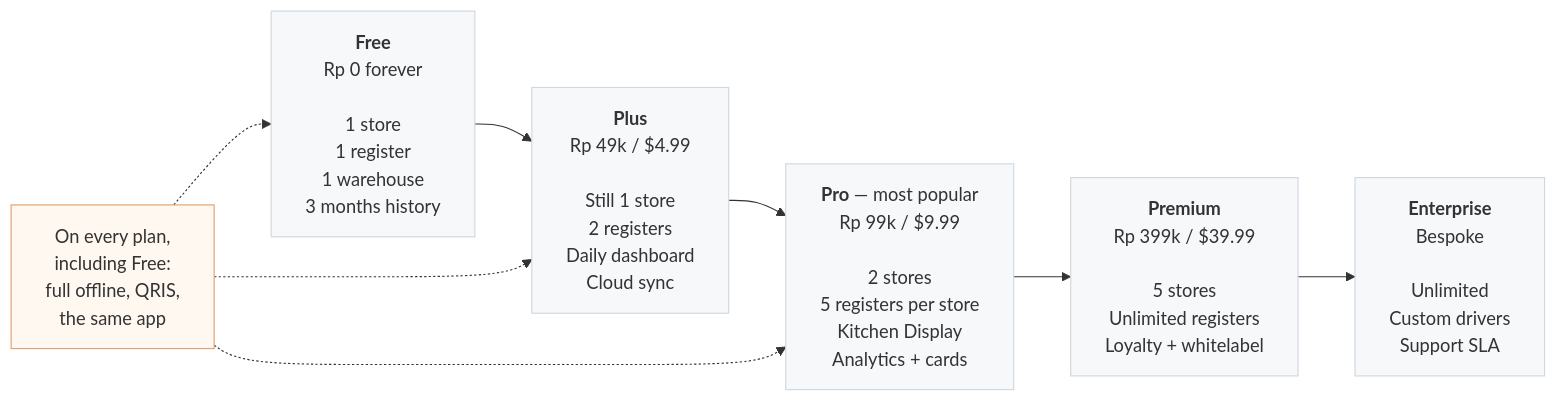
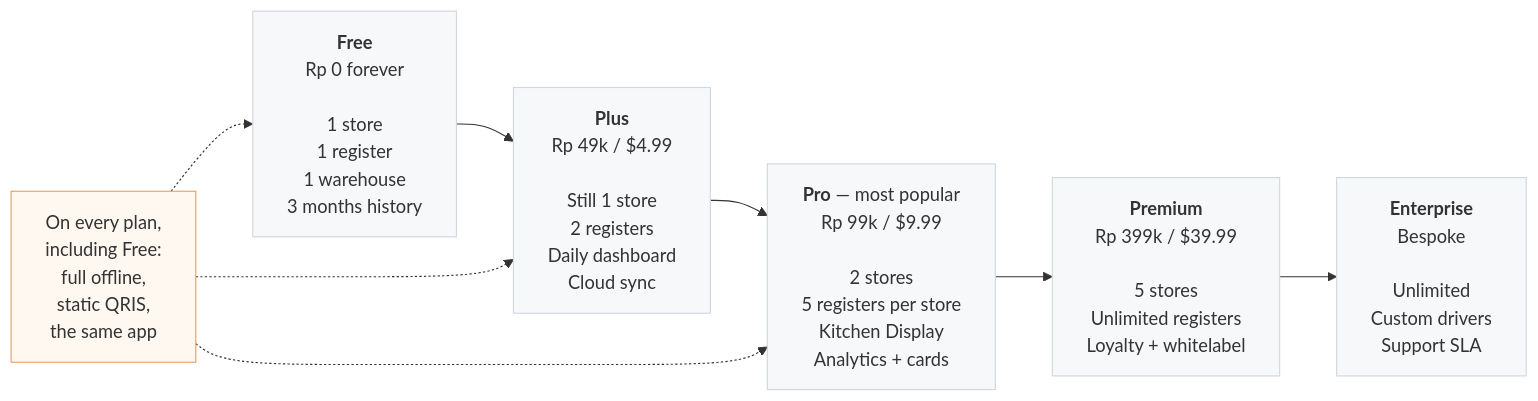
One commit to kardelitaitu/kasirmu changed the second of 2 diagrams in README-2.md. Above: the diagram before and after it, drawn with Mermaid. The commit also changed other lines of this file, not shown here.

Commit message:
fix(docs): correct the Free-tier QRIS claim and the contact email in README-2

````diff
--- a/README-2.md
+++ b/README-2.md
@@ -109,21 +109,21 @@
 ```mermaid
 flowchart LR
     F["<b>Free</b><br/>Rp 0 forever<br/><br/>1 store<br/>1 register<br/>1 warehouse<br/>3 months history"]
     PL["<b>Plus</b><br/>Rp 49k / $4.99<br/><br/>Still 1 store<br/>2 registers<br/>Daily dashboard<br/>Cloud sync"]
     PR["<b>Pro</b> — most popular<br/>Rp 99k / $9.99<br/><br/>2 stores<br/>5 registers per store<br/>Kitchen Display<br/>Analytics + cards"]
     PM["<b>Premium</b><br/>Rp 399k / $39.99<br/><br/>5 stores<br/>Unlimited registers<br/>Loyalty + whitelabel"]
     ET["<b>Enterprise</b><br/>Bespoke<br/><br/>Unlimited<br/>Custom drivers<br/>Support SLA"]
 
     F --> PL --> PR --> PM --> ET
 
-    A["On every plan,<br/>including Free:<br/>full offline, QRIS,<br/>the same app"] -.-> F
+    A["On every plan,<br/>including Free:<br/>full offline,<br/>static QRIS,<br/>the same app"] -.-> F
     A -.-> PL
     A -.-> PR
 
     style F fill:#f6f8fa,stroke:#d0d7de
     style PL fill:#f6f8fa,stroke:#d0d7de
     style PR fill:#f6f8fa,stroke:#d0d7de
     style PM fill:#f6f8fa,stroke:#d0d7de
     style ET fill:#f6f8fa,stroke:#d0d7de
     style A fill:#fff8f0,stroke:#e0a070
 ```
````
